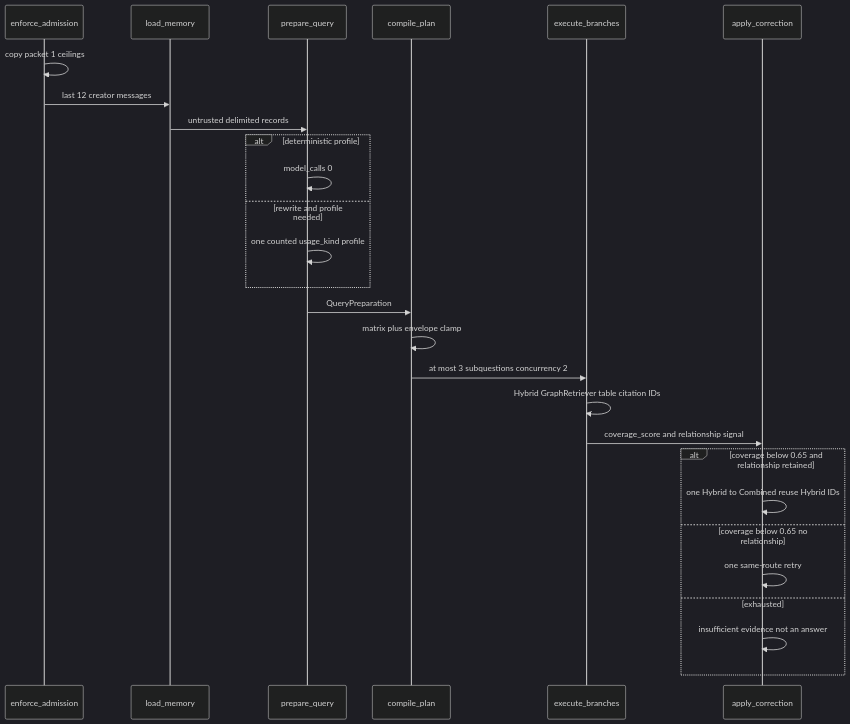
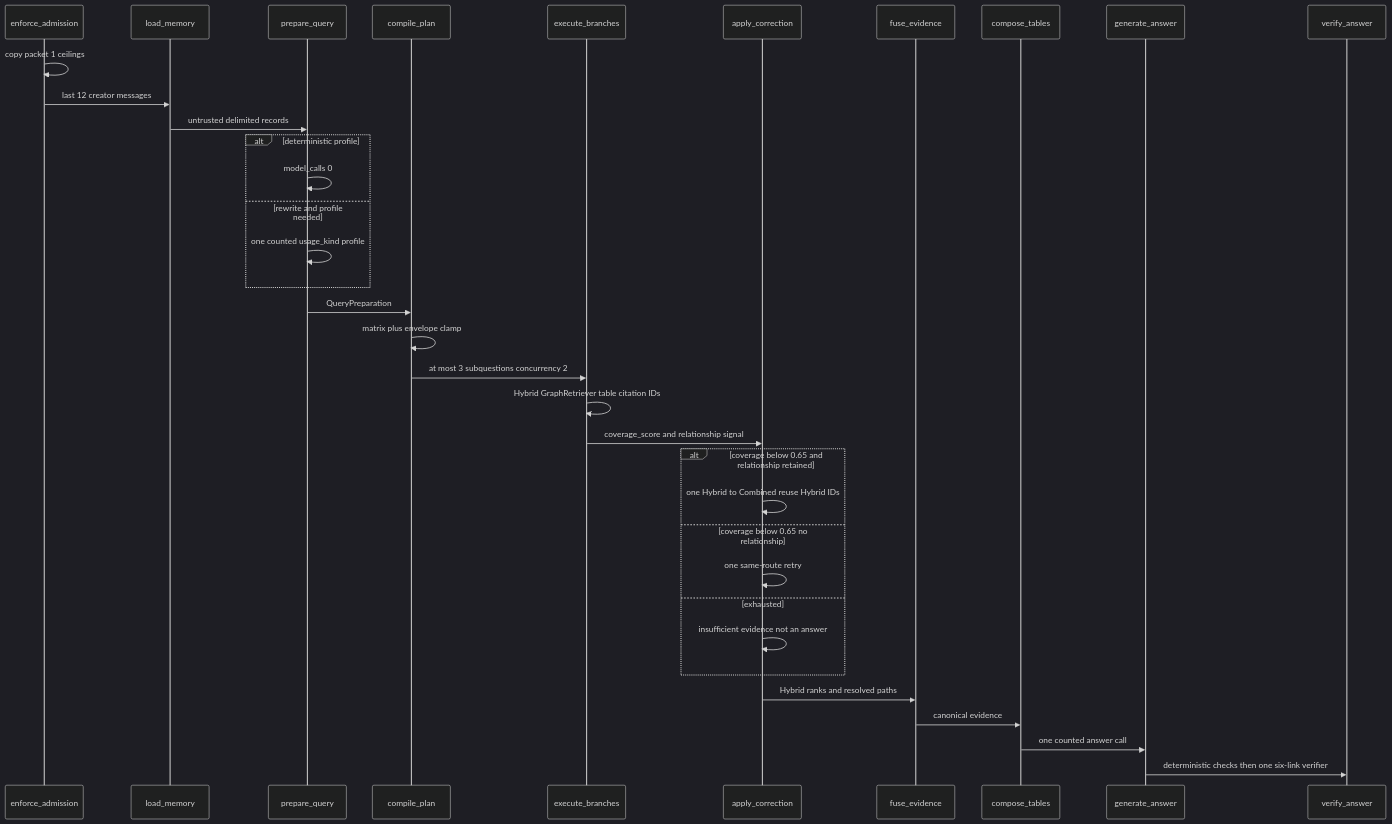
The second of 2 diagrams in docs/agent/QUERY_ROUTING.md (Nagdy8888/smart-rag), drawn with Mermaid (dark theme) before and after one commit. The commit also changed other lines of this file and 52 other files, not shown here.

Commit message:
Fuse Combined evidence with resolved-path scoring so graph leads become canonical citations instead of native prose.

````diff
--- a/docs/agent/QUERY_ROUTING.md
+++ b/docs/agent/QUERY_ROUTING.md
@@ -102,30 +106,38 @@
 ```mermaid
 sequenceDiagram
   participant Admit as enforce_admission
   participant Mem as load_memory
   participant Prep as prepare_query
   participant Plan as compile_plan
   participant Br as execute_branches
   participant Corr as apply_correction
+  participant Fuse as fuse_evidence
+  participant Tables as compose_tables
+  participant Ans as generate_answer
+  participant Ver as verify_answer
 
   Admit->>Admit: copy packet 1 ceilings
   Admit->>Mem: last 12 creator messages
   Mem->>Prep: untrusted delimited records
   alt deterministic profile
     Prep->>Prep: model_calls 0
   else rewrite and profile needed
     Prep->>Prep: one counted usage_kind profile
   end
   Prep->>Plan: QueryPreparation
   Plan->>Plan: matrix plus envelope clamp
   Plan->>Br: at most 3 subquestions concurrency 2
   Br->>Br: Hybrid GraphRetriever table citation IDs
   Br->>Corr: coverage_score and relationship signal
   alt coverage below 0.65 and relationship retained
     Corr->>Corr: one Hybrid to Combined reuse Hybrid IDs
   else coverage below 0.65 no relationship
     Corr->>Corr: one same-route retry
   else exhausted
     Corr->>Corr: insufficient evidence not an answer
   end
+  Corr->>Fuse: Hybrid ranks and resolved paths
+  Fuse->>Tables: canonical evidence
+  Tables->>Ans: one counted answer call
+  Ans->>Ver: deterministic checks then one six-link verifier
 ```
````
